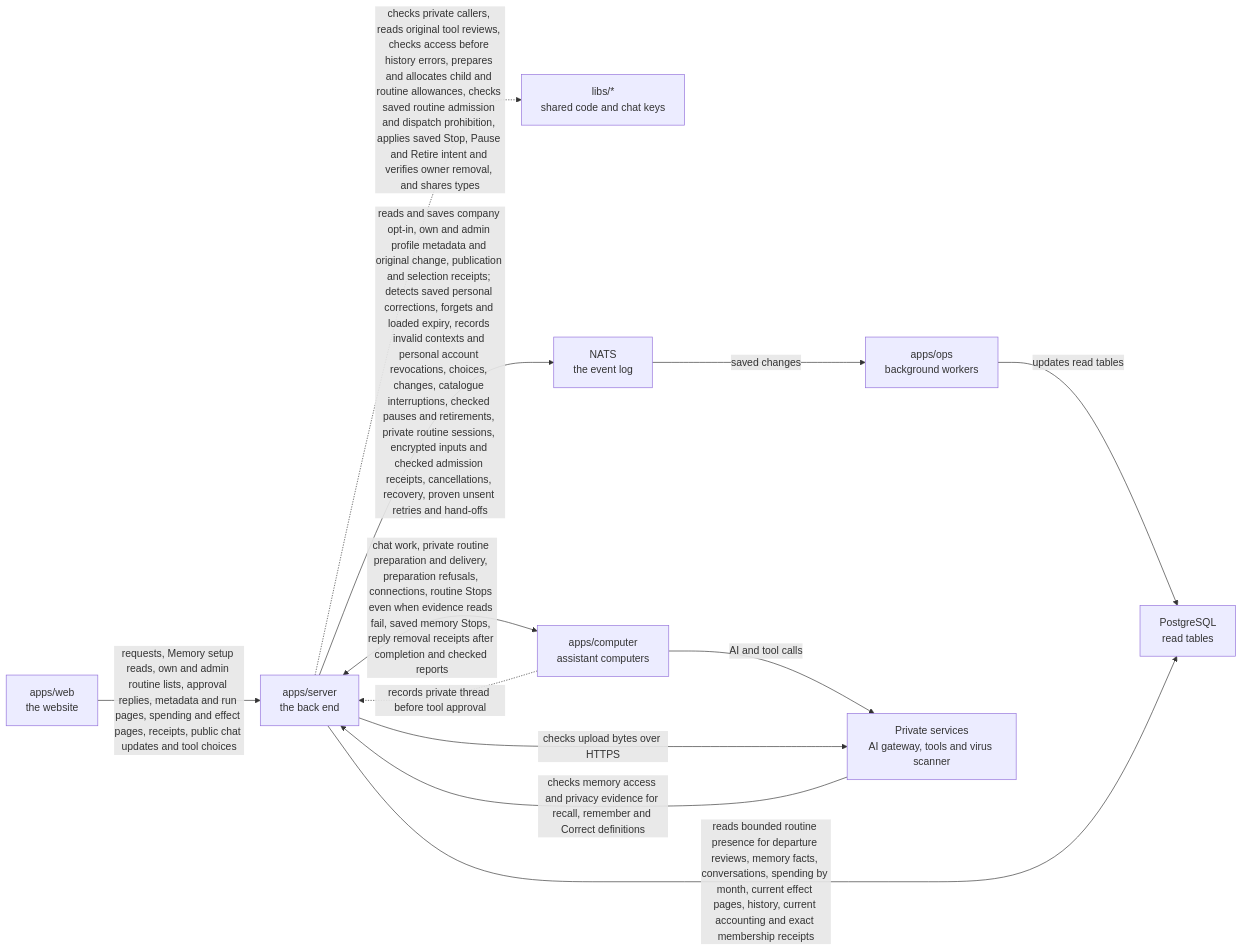
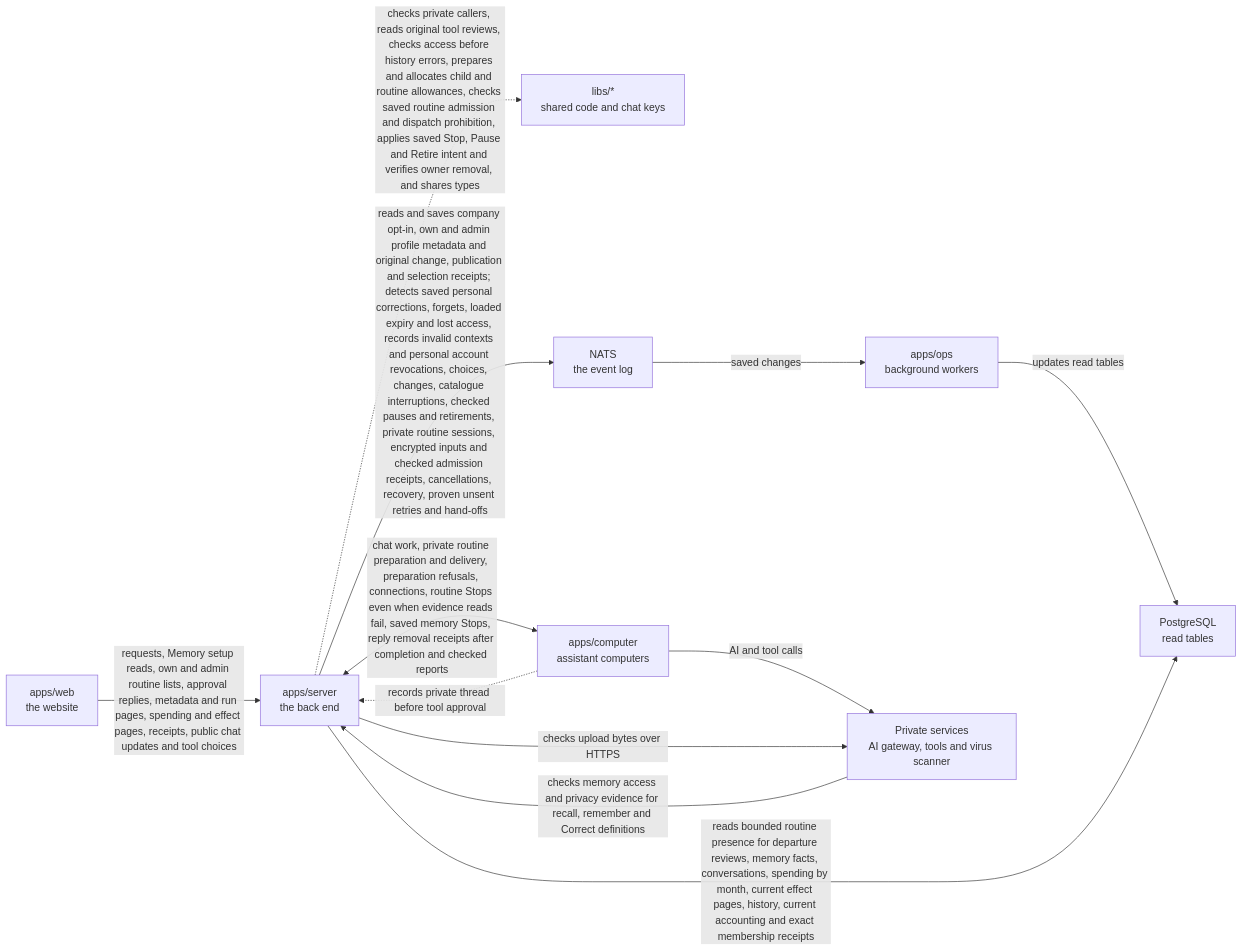
Before and after one commit to elewa-git/opencrane-new: the diagram in apps/server/README.md, drawn with Mermaid. The commit also changed other lines of this file and 14 other files, not shown here.

First line of the commit message:
🧠 Personal memory is withdrawn and never replayed once its requester loses access (#795)

````diff
--- a/apps/server/README.md
+++ b/apps/server/README.md
@@ -132,14 +135,14 @@
 ```mermaid
 flowchart LR
   web["apps/web<br/>the website"] -->|requests, Memory setup reads, own and admin routine lists, approval replies, metadata and run pages, spending and effect pages, receipts, public chat updates and tool choices| server["apps/server<br/>the back end"]
   server -.->|checks private callers, reads original tool reviews, checks access before history errors, prepares and allocates child and routine allowances, checks saved routine admission and dispatch prohibition, applies saved Stop, Pause and Retire intent and verifies owner removal, and shares types| libs["libs/*<br/>shared code and chat keys"]
-  server -->|reads and saves company opt-in, own and admin profile metadata and original change, publication and selection receipts; detects saved personal corrections, forgets and loaded expiry, records invalid contexts and personal account revocations, choices, changes, catalogue interruptions, checked pauses and retirements, private routine sessions, encrypted inputs and checked admission receipts, cancellations, recovery, proven unsent retries and hand-offs| nats["NATS<br/>the event log"]
+  server -->|reads and saves company opt-in, own and admin profile metadata and original change, publication and selection receipts; detects saved personal corrections, forgets, loaded expiry and lost access, records invalid contexts and personal account revocations, choices, changes, catalogue interruptions, checked pauses and retirements, private routine sessions, encrypted inputs and checked admission receipts, cancellations, recovery, proven unsent retries and hand-offs| nats["NATS<br/>the event log"]
   nats -->|saved changes| ops["apps/ops<br/>background workers"]
   ops -->|updates read tables| postgres["PostgreSQL<br/>read tables"]
   server -->|reads bounded routine presence for departure reviews, memory facts, conversations, spending by month, current effect pages, history, current accounting and exact membership receipts| postgres
   server <-->|chat work, private routine preparation and delivery, preparation refusals, connections, routine Stops even when evidence reads fail, saved memory Stops, reply removal receipts after completion and checked reports| computer["apps/computer<br/>assistant computers"]
   computer -.->|records private thread before tool approval| server
   computer -->|AI and tool calls| runtime["Private services<br/>AI gateway, tools and virus scanner"]
   server -->|checks upload bytes over HTTPS| runtime
   runtime -->|checks memory access and privacy evidence for recall, remember and Correct definitions| server
 ```
````
